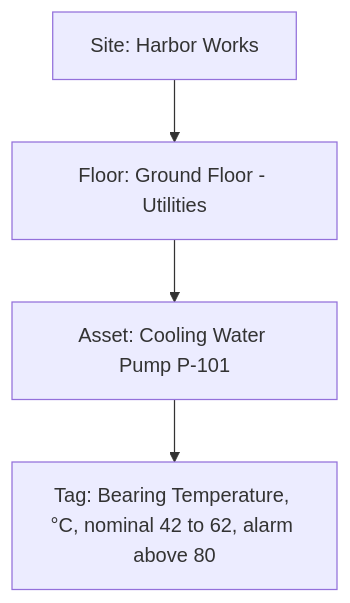
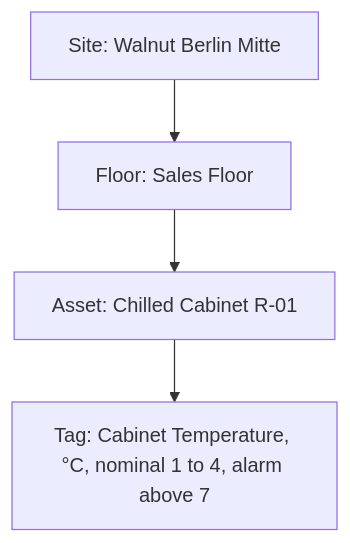
The diagram in docs/plant-config.md (AliQumail/SensorMind), drawn with Mermaid before and after one commit. The commit also changed other lines of this file and 35 other files, not shown here.

````diff
--- a/docs/plant-config.md
+++ b/docs/plant-config.md
@@ -14,6 +14,6 @@
 ```mermaid
 flowchart TD
-  S["Site: Harbor Works"] --> F["Floor: Ground Floor - Utilities"]
-  F --> A["Asset: Cooling Water Pump P-101"]
-  A --> T["Tag: Bearing Temperature, °C, nominal 42 to 62, alarm above 80"]
+  S["Site: Walnut Berlin Mitte"] --> F["Floor: Sales Floor"]
+  F --> A["Asset: Chilled Cabinet R-01"]
+  A --> T["Tag: Cabinet Temperature, °C, nominal 1 to 4, alarm above 7"]
 ```
````
